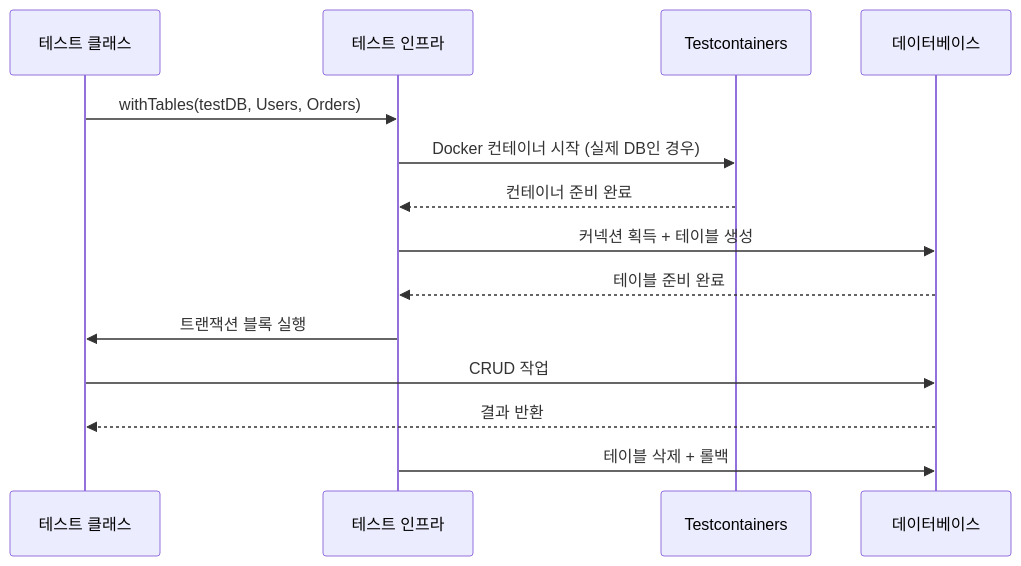
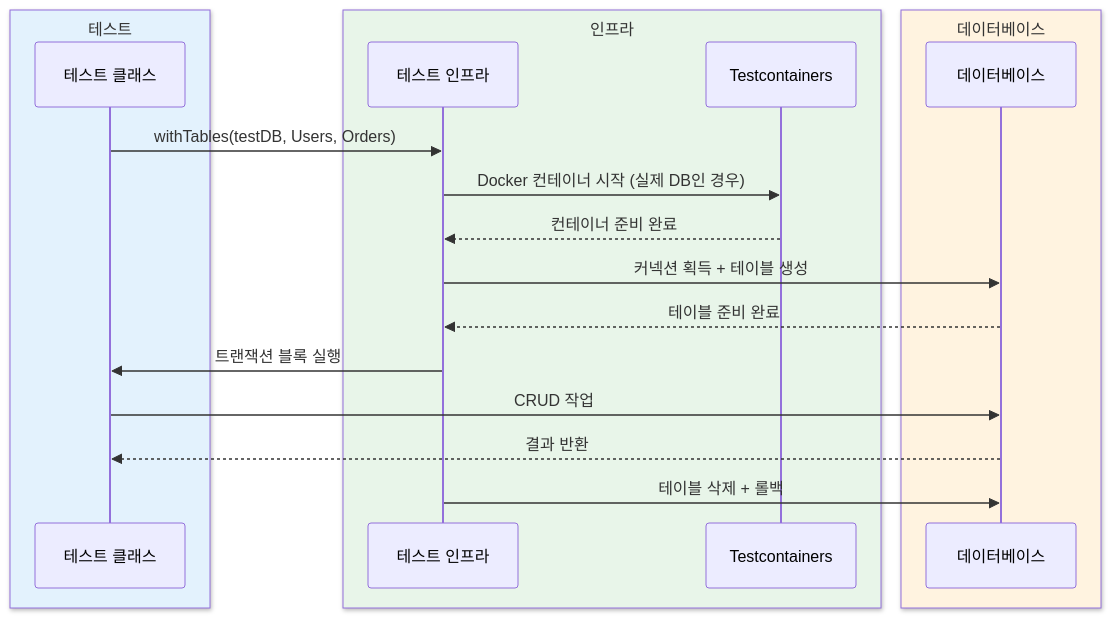
Before and after one commit to bluetape4k/bluetape4k-projects: the second of 2 diagrams in data/exposed-jdbc-tests/README.ko.md, drawn with Mermaid. The commit also changed other lines of this file and 221 other files, not shown here.

First line of the commit message:
docs: 전체 모듈 README UML 다이어그램 보강 및 색상 업그레이드

````diff
--- a/data/exposed-jdbc-tests/README.ko.md
+++ b/data/exposed-jdbc-tests/README.ko.md
@@ -334,17 +344,23 @@
 ```mermaid
 sequenceDiagram
-    participant Test as 테스트 클래스
-    participant Infra as 테스트 인프라
-    participant TC as Testcontainers
-    participant DB as 데이터베이스
+    box rgb(227, 242, 253) 테스트
+        participant Test as 테스트 클래스
+    end
+    box rgb(232, 245, 233) 인프라
+        participant Infra as 테스트 인프라
+        participant TC as Testcontainers
+    end
+    box rgb(255, 243, 224) 데이터베이스
+        participant DB as 데이터베이스
+    end
 
     Test->>Infra: withTables(testDB, Users, Orders)
     Infra->>TC: Docker 컨테이너 시작 (실제 DB인 경우)
     TC-->>Infra: 컨테이너 준비 완료
     Infra->>DB: 커넥션 획득 + 테이블 생성
     DB-->>Infra: 테이블 준비 완료
     Infra->>Test: 트랜잭션 블록 실행
     Test->>DB: CRUD 작업
     DB-->>Test: 결과 반환
     Infra->>DB: 테이블 삭제 + 롤백
 ```
````
